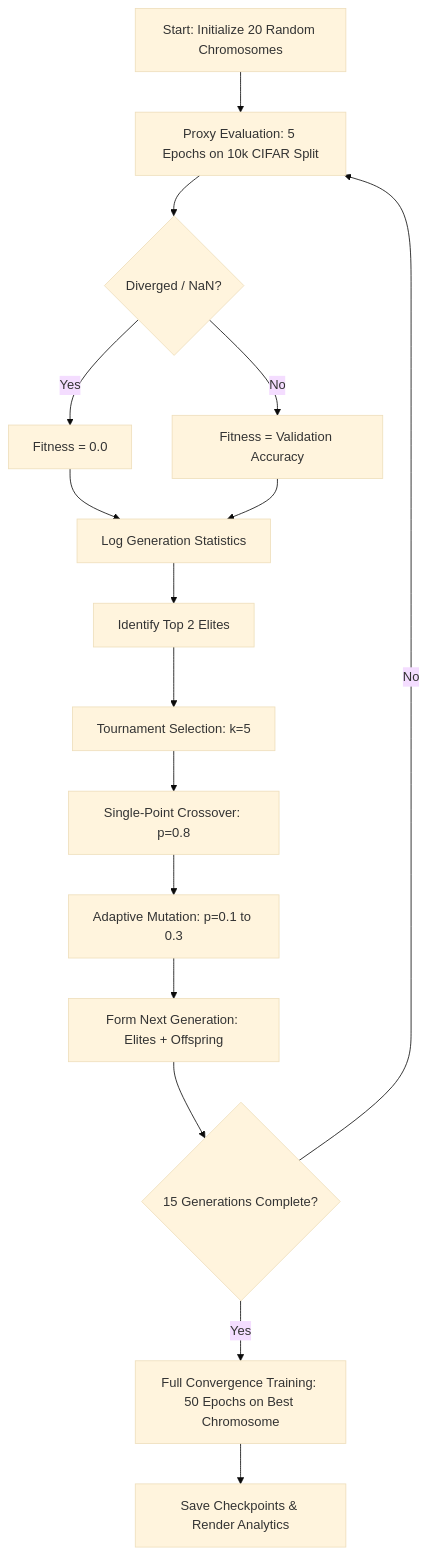
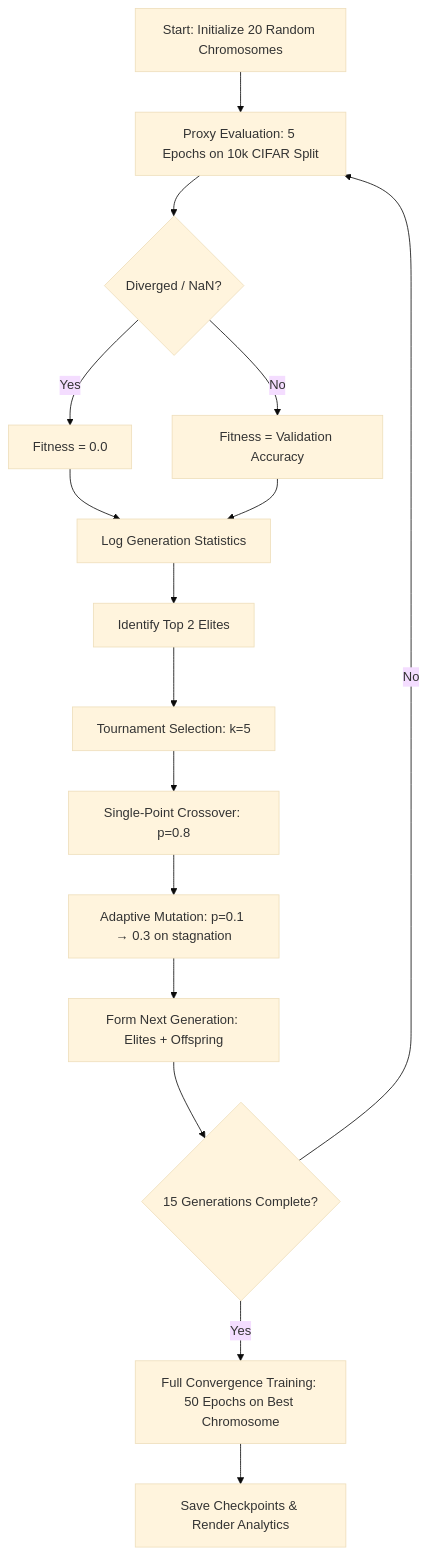
Before and after one commit to Theroid00/NAS: the diagram in README.md, drawn with Mermaid (base theme). The commit also changed other lines of this file, not shown here.

````diff
--- a/README.md
+++ b/README.md
@@ -23,18 +26,18 @@
 ```mermaid
 graph TD
     A[Start: Initialize 20 Random Chromosomes] --> B[Proxy Evaluation: 5 Epochs on 10k CIFAR Split]
     B --> C{Diverged / NaN?}
     C -- Yes --> D[Fitness = 0.0]
     C -- No --> E[Fitness = Validation Accuracy]
     D --> F[Log Generation Statistics]
     E --> F
     F --> G[Identify Top 2 Elites]
     G --> H[Tournament Selection: k=5]
     H --> I[Single-Point Crossover: p=0.8]
-    I --> J[Adaptive Mutation: p=0.1 to 0.3]
+    I --> J[Adaptive Mutation: p=0.1 → 0.3 on stagnation]
     J --> K[Form Next Generation: Elites + Offspring]
     K --> L{15 Generations Complete?}
     L -- No --> B
     L -- Yes --> M[Full Convergence Training: 50 Epochs on Best Chromosome]
     M --> N[Save Checkpoints & Render Analytics]
 ```
````
